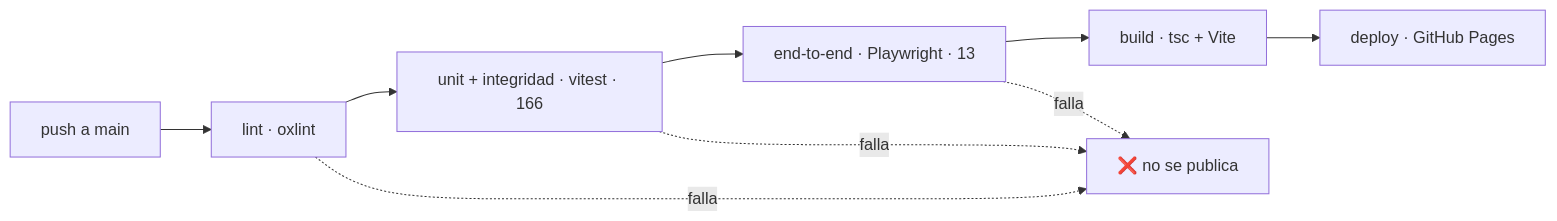
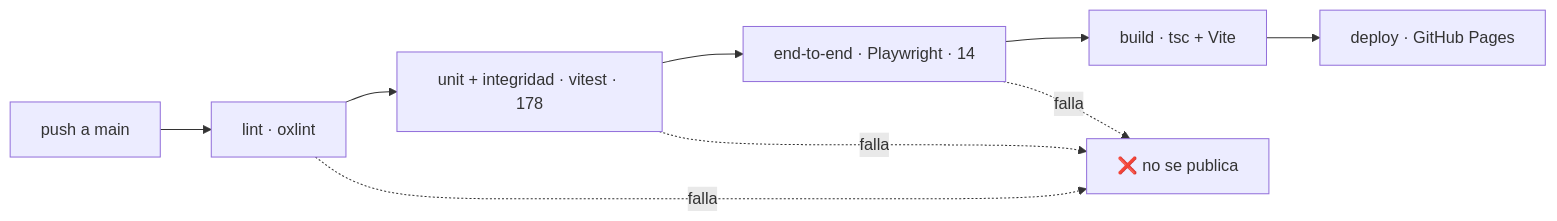
One commit to luzzaragoza/cuanto-me-falta changed the diagram in docs/06-calidad.md. Above: the diagram before and after it, drawn with Mermaid. The commit also changed other lines of this file and 14 other files, not shown here.

````diff
--- a/docs/06-calidad.md
+++ b/docs/06-calidad.md
@@ -67,12 +66,12 @@
 ```mermaid
 %% svg:pipeline
 flowchart LR
     P["push a main"] --> L["lint · oxlint"]
-    L --> U["unit + integridad · vitest · 166"]
-    U --> E["end-to-end · Playwright · 13"]
+    L --> U["unit + integridad · vitest · 178"]
+    U --> E["end-to-end · Playwright · 14"]
     E --> B["build · tsc + Vite"]
     B --> D["deploy · GitHub Pages"]
     L -. falla .-> X["❌ no se publica"]
     U -. falla .-> X
     E -. falla .-> X
 ```
````
